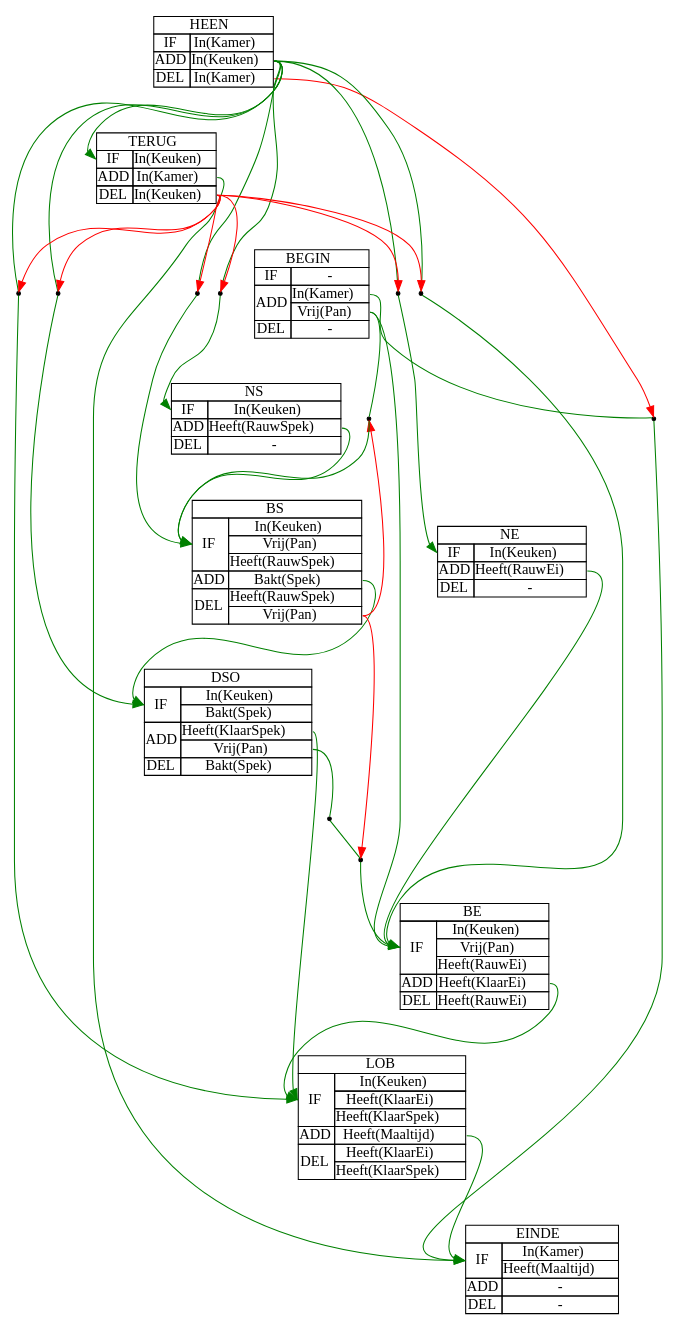
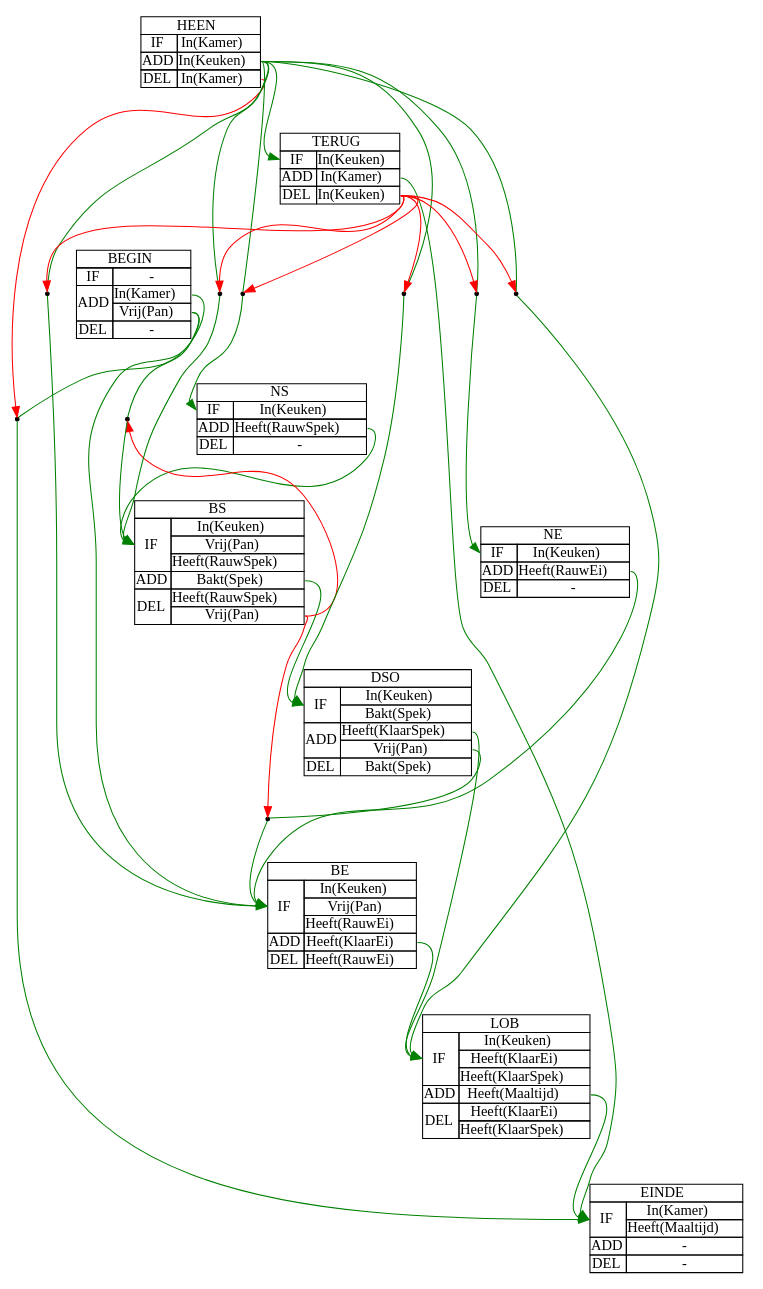
The diagram in resources/graphs/strips_1.dot (NorfairKing/ai_alternative-exam), drawn with Graphviz before and after one commit. The commit also changed 2 other files, not shown here.

```diff
--- a/resources/graphs/strips_1.dot
+++ b/resources/graphs/strips_1.dot
@@ -248,7 +248,6 @@
 bet_h_dso;
 bet_h_lob;
 bet_dso_bs;
-bet_dso_be;
 
 i:add_1:e   -> bet_i_f      [arrowhead = none, color = green];
 bet_i_f     -> f:if_0:w     [color = green];
@@ -284,8 +283,7 @@
 
 dso:add_1:e -> lob:if_0:w   [color = green];
 dso:add_2:e -> bet_dso_bs   [arrowhead = none, color = green];
-bet_dso_bs  -> bet_dso_be   [arrowhead = none, color = green];
-bet_dso_be  -> be:if_0:w    [color = green];
+bet_dso_bs  -> be:if_0:w    [color = green];
 
 lob:add_1:e -> f:if_0:w     [color = green];
 
@@ -293,7 +291,7 @@
 edge [color = red];
 h:del_1:e   -> bet_i_f;
 bs:del_2:e  -> bet_i_be;
-bs:del_2:e  -> bet_dso_be;
+bs:del_2:e  -> bet_dso_bs;
 t:del_1:e   -> bet_h_ns; 
 t:del_1:e   -> bet_h_ne; 
 t:del_1:e   -> bet_h_bs; 
```
